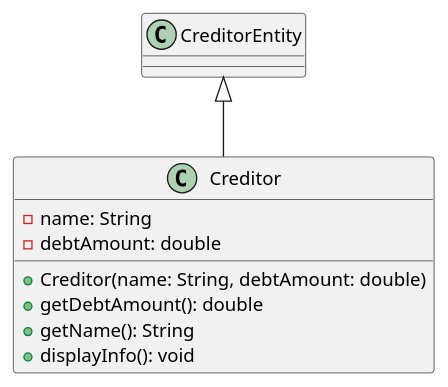
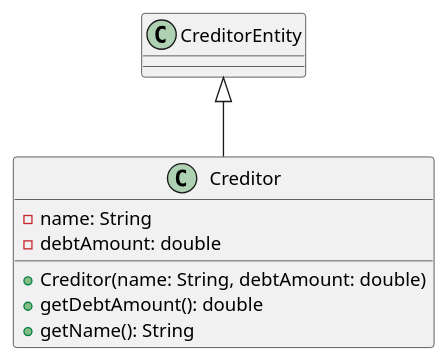
The diagram in UML Diagrams/Creditor.puml (AlexSvobo/IS147-Project), drawn with PlantUML before and after one commit.

Commit message:
-displayInfo from UML

```diff
--- a/UML Diagrams/Creditor.puml
+++ b/UML Diagrams/Creditor.puml
@@ -1,11 +1,10 @@
 @startuml
 class Creditor extends CreditorEntity {
     - name: String
     - debtAmount: double
 
     + Creditor(name: String, debtAmount: double)
     + getDebtAmount(): double
     + getName(): String
-    + displayInfo(): void
 }
 @enduml
```
